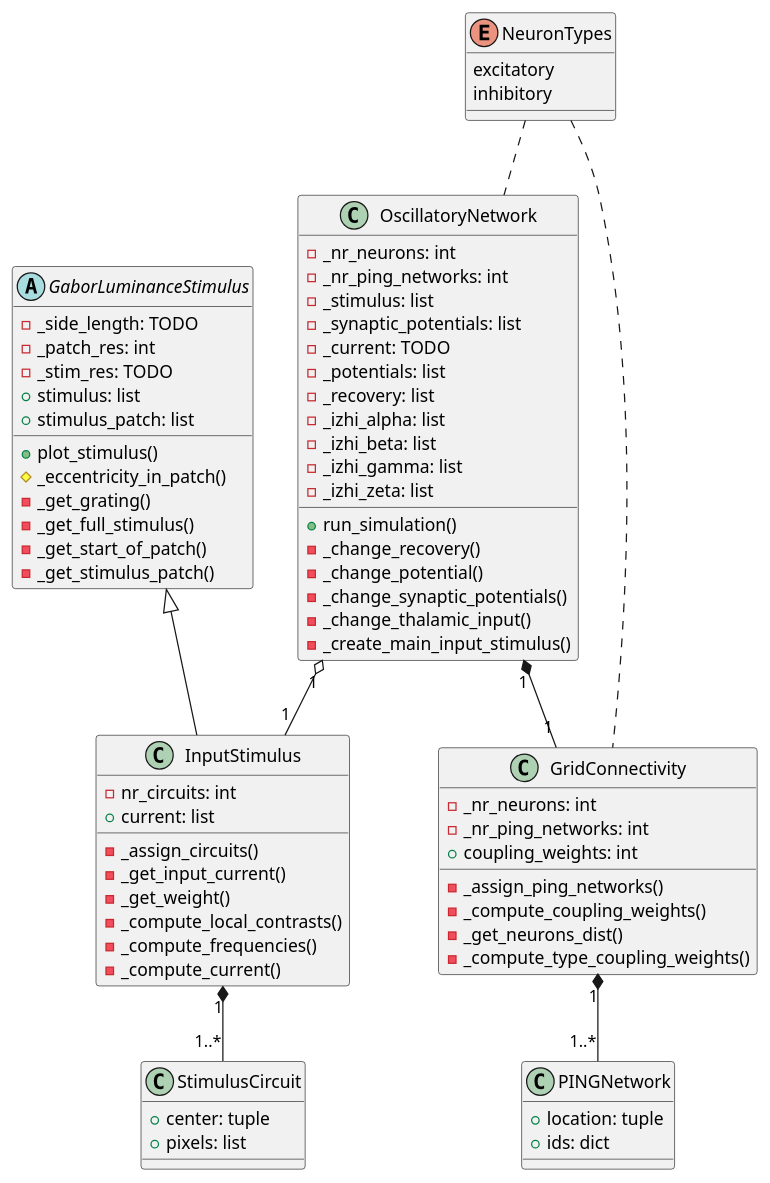
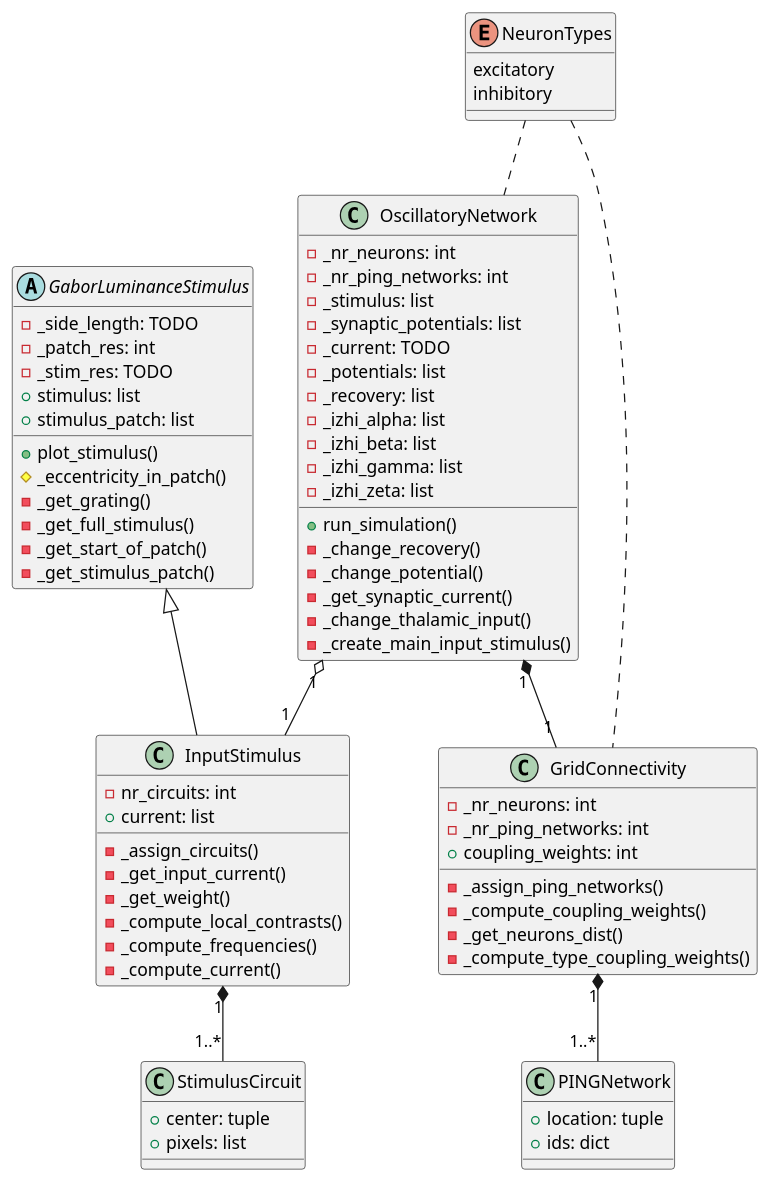
One commit to thatmariia/grid-ping changed the diagram in docs/source/class-diagram.rst. Above: the diagram before and after it, drawn with PlantUML. The commit also changed 23 other files, not shown here.

```diff
--- a/docs/source/class-diagram.rst
+++ b/docs/source/class-diagram.rst
@@ -58,7 +58,7 @@
       +run_simulation()
       -_change_recovery()
       -_change_potential()
-      -_change_synaptic_potentials()
+      -_get_synaptic_current()
       -_change_thalamic_input()
       -_create_main_input_stimulus()
     }
```
